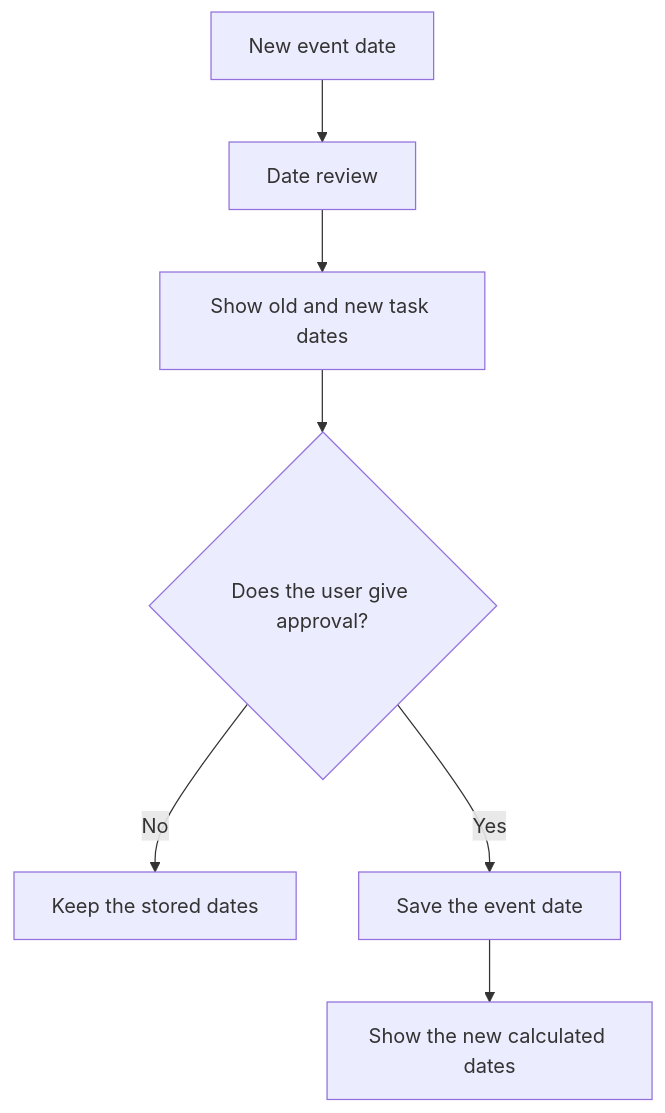
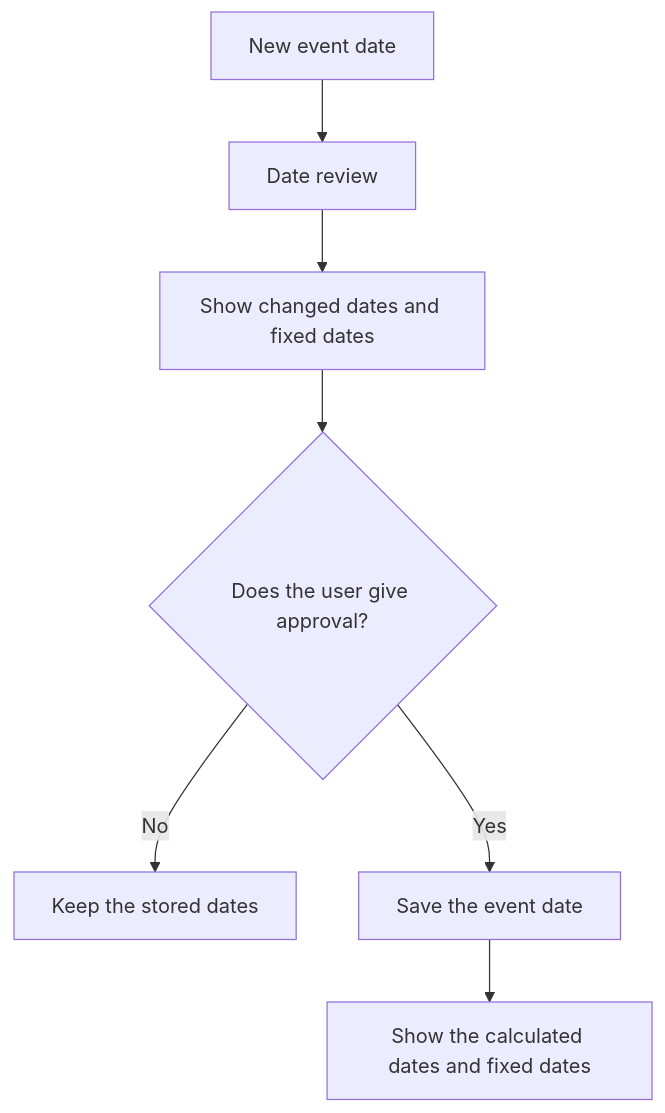
Before and after one commit to TonyFlury/GarageSale: the fourth of 5 diagrams in docs/design/event-calendar.md, drawn with Mermaid. The commit also changed other lines of this file, not shown here.

Commit message:
Include fixed annual and one-time dates in the calendar design

````diff
--- a/docs/design/event-calendar.md
+++ b/docs/design/event-calendar.md
@@ -168,9 +219,9 @@
 ```mermaid
 flowchart TD
     A[New event date] --> B[Date review]
-    B --> C[Show old and new task dates]
+    B --> C[Show changed dates and fixed dates]
     C --> D{Does the user give approval?}
     D -->|No| E[Keep the stored dates]
     D -->|Yes| F[Save the event date]
-    F --> G[Show the new calculated dates]
+    F --> G[Show the calculated dates and fixed dates]
 ```
````
